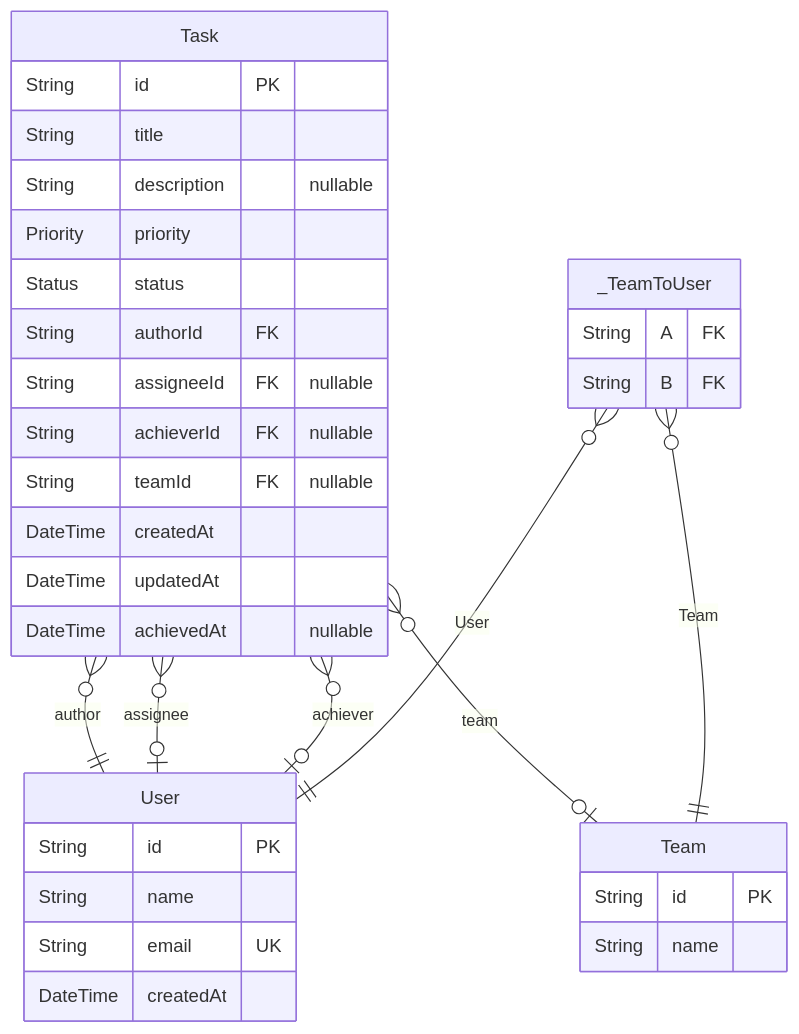
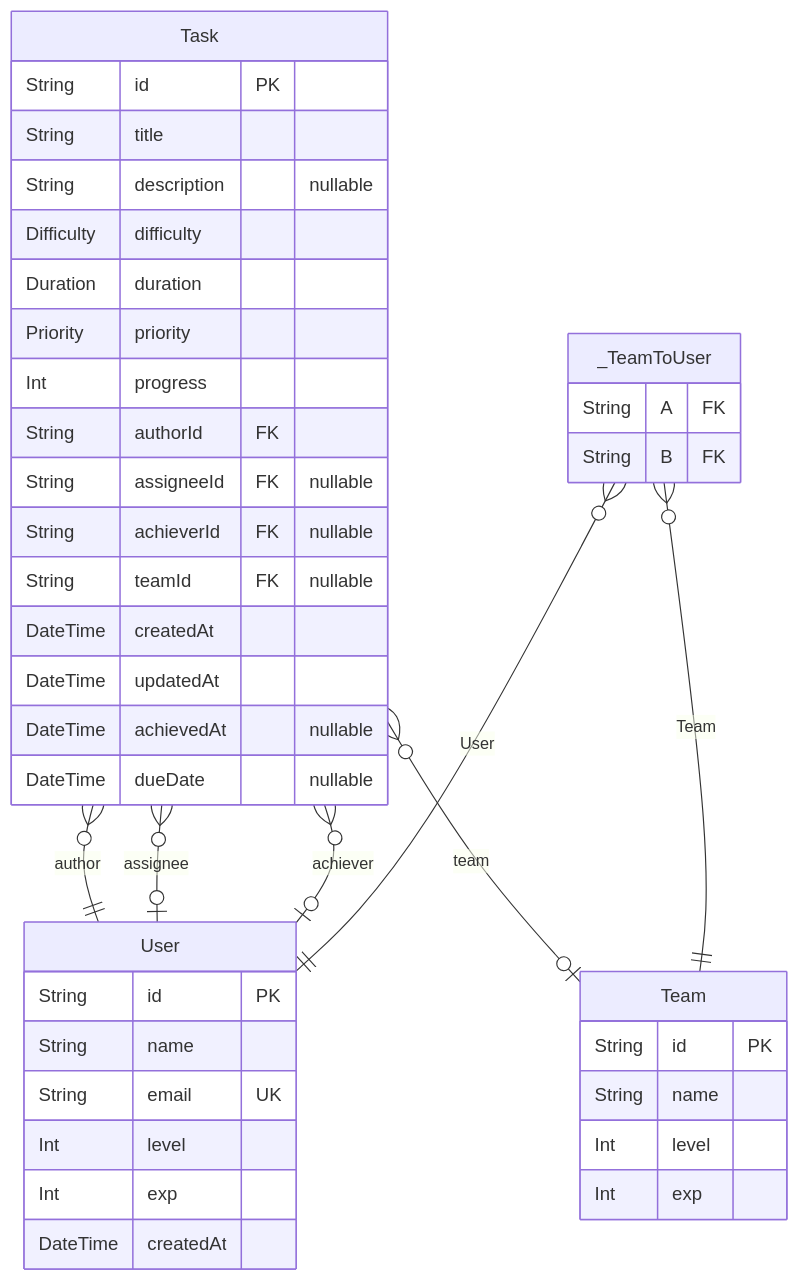
One commit to superhorin/TaskEnce changed the diagram in docs/ERD.md. Above: the diagram before and after it, drawn with Mermaid. The commit also changed other lines of this file and 4 other files, not shown here.

````diff
--- a/docs/ERD.md
+++ b/docs/ERD.md
@@ -9,37 +9,44 @@
 ```mermaid
 erDiagram
 "User" {
   String id PK
   String name
   String email UK
+  Int level
+  Int exp
   DateTime createdAt
 }
 "Team" {
   String id PK
   String name
+  Int level
+  Int exp
 }
 "Task" {
   String id PK
   String title
   String description "nullable"
+  Difficulty difficulty
+  Duration duration
   Priority priority
-  Status status
+  Int progress
   String authorId FK
   String assigneeId FK "nullable"
   String achieverId FK "nullable"
   String teamId FK "nullable"
   DateTime createdAt
   DateTime updatedAt
   DateTime achievedAt "nullable"
+  DateTime dueDate "nullable"
 }
 "_TeamToUser" {
   String A FK
   String B FK
 }
 "Task" }o--|| "User" : author
 "Task" }o--o| "User" : assignee
 "Task" }o--o| "User" : achiever
 "Task" }o--o| "Team" : team
 "_TeamToUser" }o--|| "Team" : Team
 "_TeamToUser" }o--|| "User" : User
 ```
````
